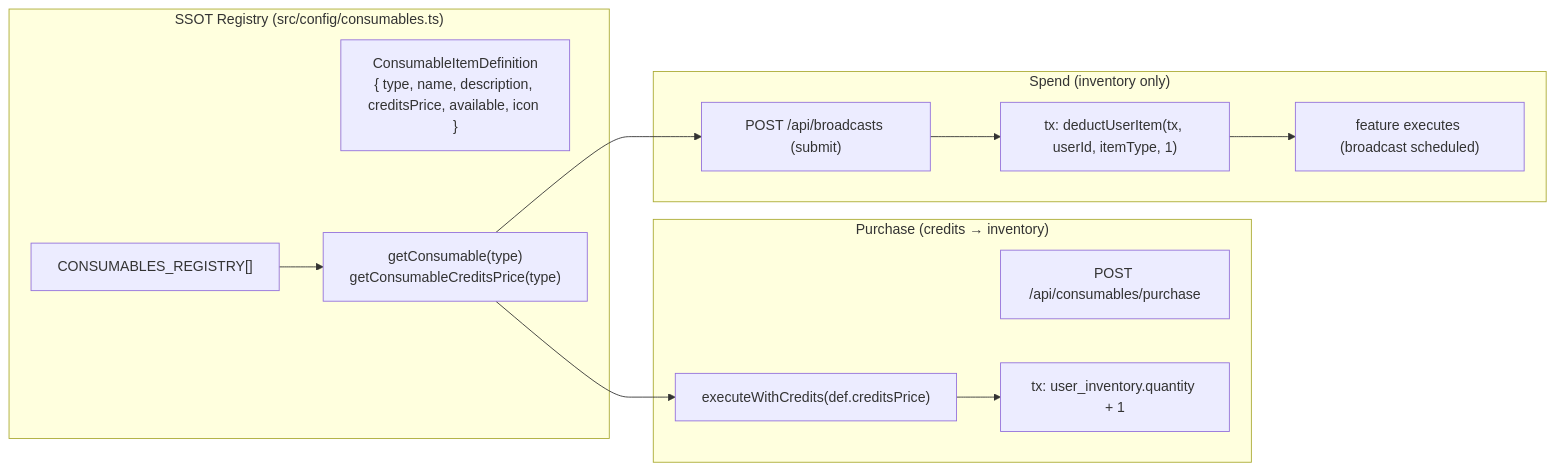
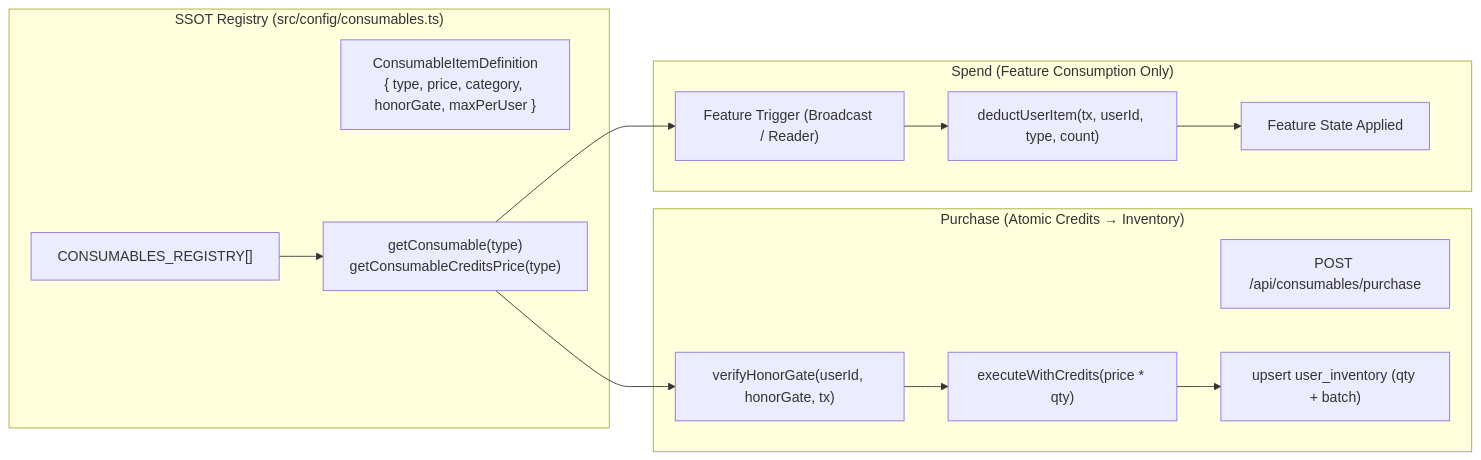
The first of 2 diagrams in docs/architecture/CONSUMABLE_ITEMS_ARCHITECTURE.md (txufiknr/Twistloom-backend), drawn with Mermaid before and after one commit. The commit also changed other lines of this file and 12 other files, not shown here.

````diff
--- a/docs/architecture/CONSUMABLE_ITEMS_ARCHITECTURE.md
+++ b/docs/architecture/CONSUMABLE_ITEMS_ARCHITECTURE.md
@@ -20,26 +40,26 @@
 ```mermaid
 flowchart LR
     subgraph Registry ["SSOT Registry (src/config/consumables.ts)"]
         REG["CONSUMABLES_REGISTRY[]"]
-        DEF["ConsumableItemDefinition<br/>{ type, name, description, creditsPrice, available, icon }"]
+        DEF["ConsumableItemDefinition<br/>{ type, price, category, honorGate, maxPerUser }"]
         GET["getConsumable(type)<br/>getConsumableCreditsPrice(type)"]
     end
 
-    subgraph Purchase ["Purchase (credits → inventory)"]
+    subgraph Purchase ["Purchase (Atomic Credits → Inventory)"]
         P1["POST /api/consumables/purchase"]
-        P2["executeWithCredits(def.creditsPrice)"]
-        P3["tx: user_inventory.quantity + 1"]
+        P2["verifyHonorGate(userId, honorGate, tx)"]
+        P3["executeWithCredits(price * qty)"]
+        P4["upsert user_inventory (qty + batch)"]
     end
 
-    subgraph Spend ["Spend (inventory only)"]
-        S1["POST /api/broadcasts (submit)"]
-        S2["tx: deductUserItem(tx, userId, itemType, 1)"]
-        S3["feature executes (broadcast scheduled)"]
+    subgraph Spend ["Spend (Feature Consumption Only)"]
+        S1["Feature Trigger (Broadcast / Reader)"]
+        S2["deductUserItem(tx, userId, type, count)"]
+        S3["Feature State Applied"]
     end
 
     REG --> GET
-    GET --> P2
-    P2 --> P3
+    GET --> P2 --> P3 --> P4
     GET --> S1
     S1 --> S2 --> S3
 ```
````
